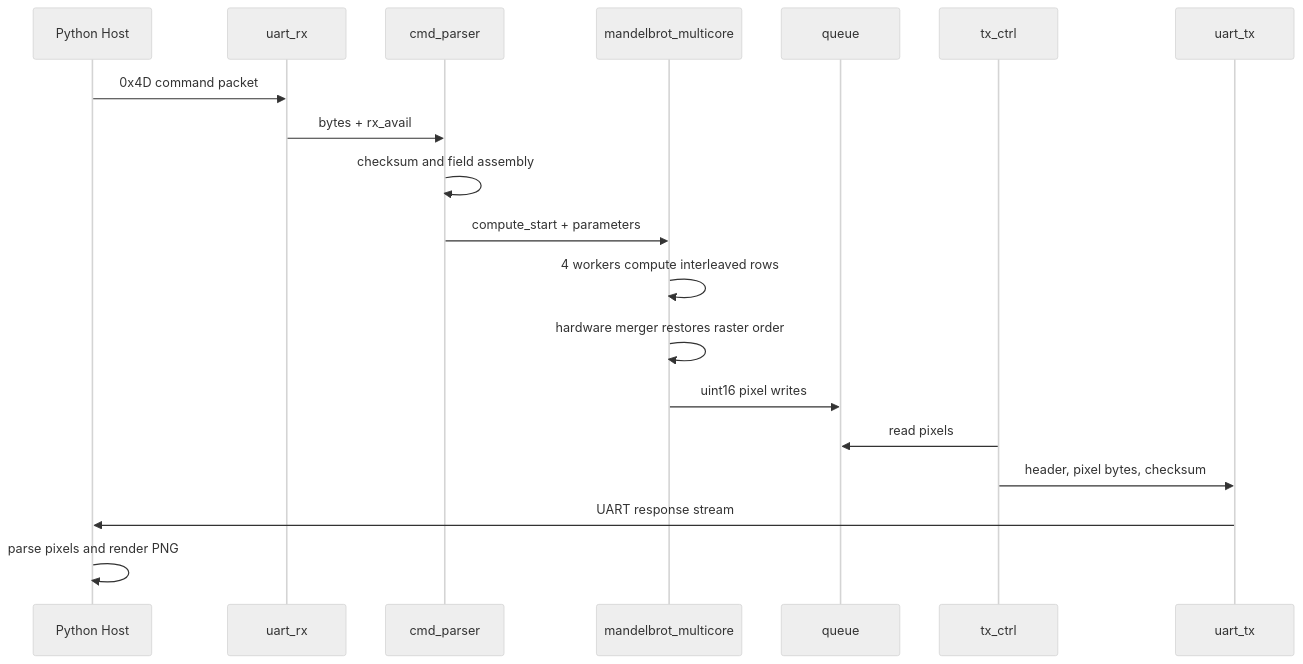
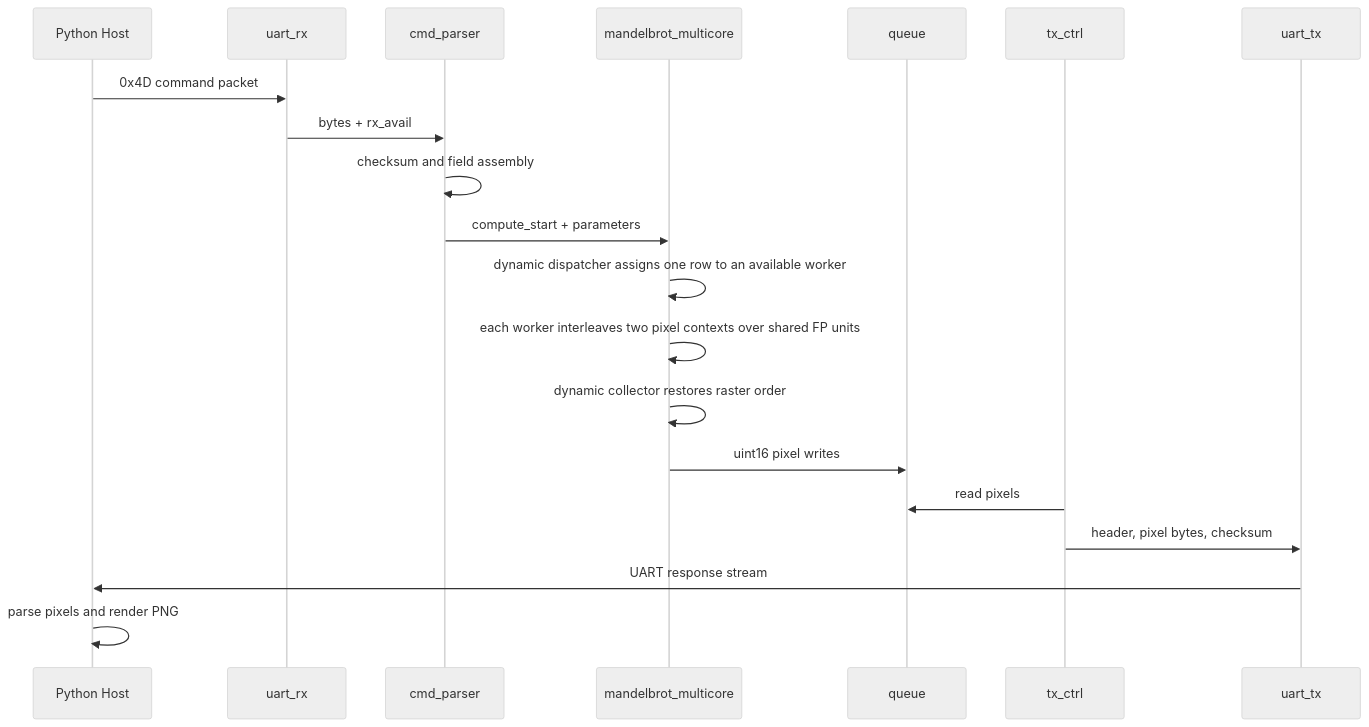
The fourth of 4 diagrams in README.md (RESBI/FPGA-Mandelbrot-Demo), drawn with Mermaid (neutral theme) before and after one commit. The commit also changed other lines of this file, not shown here.

Commit message:
Update README for two-context default design

````diff
--- a/README.md
+++ b/README.md
@@ -427,22 +480,23 @@
 ```mermaid
 sequenceDiagram
     participant Host as Python Host
     participant RX as uart_rx
     participant Parser as cmd_parser
     participant Core as mandelbrot_multicore
     participant FIFO as queue
     participant TXC as tx_ctrl
     participant TX as uart_tx
 
     Host->>RX: 0x4D command packet
     RX->>Parser: bytes + rx_avail
     Parser->>Parser: checksum and field assembly
     Parser->>Core: compute_start + parameters
-    Core->>Core: 4 workers compute interleaved rows
-    Core->>Core: hardware merger restores raster order
+    Core->>Core: dynamic dispatcher assigns one row to an available worker
+    Core->>Core: each worker interleaves two pixel contexts over shared FP units
+    Core->>Core: dynamic collector restores raster order
     Core->>FIFO: uint16 pixel writes
     TXC->>FIFO: read pixels
     TXC->>TX: header, pixel bytes, checksum
     TX->>Host: UART response stream
     Host->>Host: parse pixels and render PNG
 ```
````
